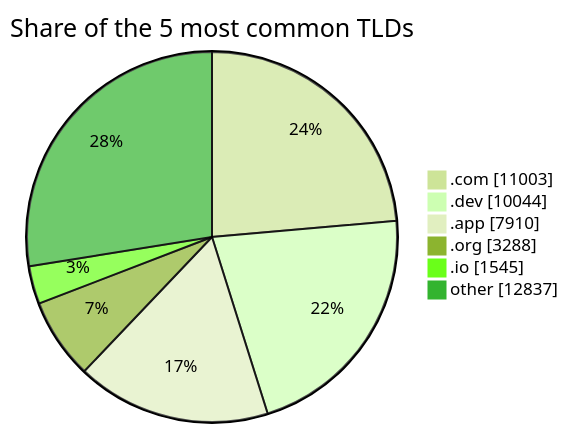
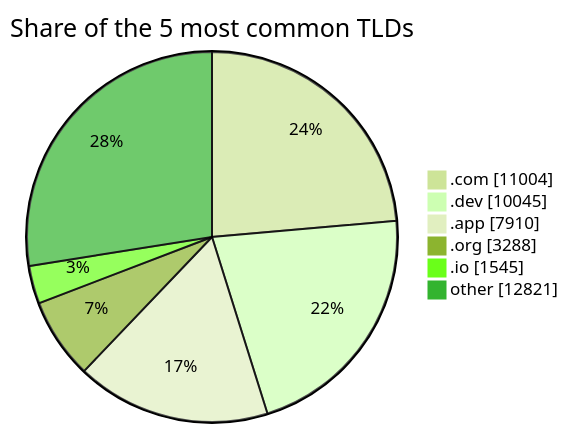
Before and after one commit to DNSBunker/CTI: the third of 3 diagrams in README.md, drawn with Mermaid (forest theme). The commit also changed other lines of this file and 3 other files, not shown here.

````diff
--- a/README.md
+++ b/README.md
@@ -81,9 +81,9 @@
 ```mermaid
 pie showData title Share of the 5 most common TLDs
-    ".com" : 11003
-    ".dev" : 10044
+    ".com" : 11004
+    ".dev" : 10045
     ".app" : 7910
     ".org" : 3288
     ".io" : 1545
-    "other" : 12837
+    "other" : 12821
 ```
````
